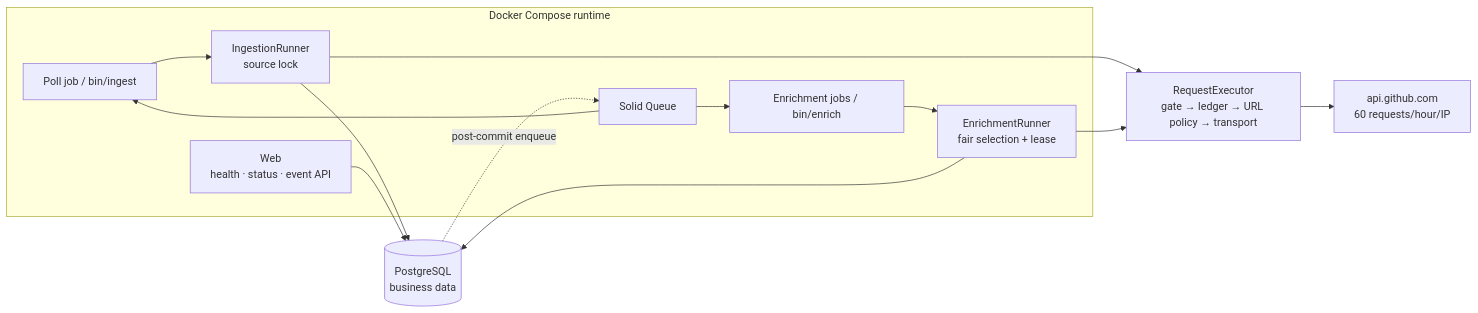
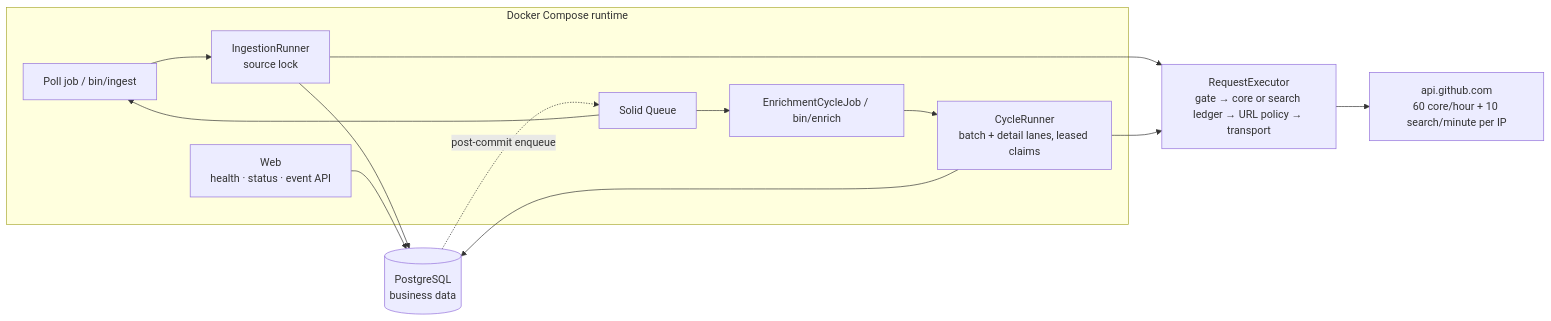
The diagram in docs/DESIGN_BRIEF.md (batbrainy/github-push-ingestor), drawn with Mermaid before and after one commit. The commit also changed other lines of this file and 170 other files, not shown here.

First line of the commit message:
Enrich in Search batches instead of one request per entity (#43)

````diff
--- a/docs/DESIGN_BRIEF.md
+++ b/docs/DESIGN_BRIEF.md
@@ -20,17 +21,17 @@
 ```mermaid
 flowchart LR
   subgraph runtime["Docker Compose runtime"]
     P["Poll job / bin/ingest"] --> I["IngestionRunner<br/>source lock"]
-    E["Enrichment jobs / bin/enrich"] --> N["EnrichmentRunner<br/>fair selection + lease"]
+    E["EnrichmentCycleJob / bin/enrich"] --> N["CycleRunner<br/>batch + detail lanes, leased claims"]
     W["Web<br/>health · status · event API"]
     Q["Solid Queue"] --> P
     Q --> E
   end
-  I --> X["RequestExecutor<br/>gate → ledger → URL policy → transport"]
+  I --> X["RequestExecutor<br/>gate → core or search ledger → URL policy → transport"]
   N --> X
-  X --> G["api.github.com<br/>60 requests/hour/IP"]
+  X --> G["api.github.com<br/>60 core/hour + 10 search/minute per IP"]
   I --> D[("PostgreSQL<br/>business data")]
   N --> D
   W --> D
   D -. "post-commit enqueue" .-> Q
 ```
````
